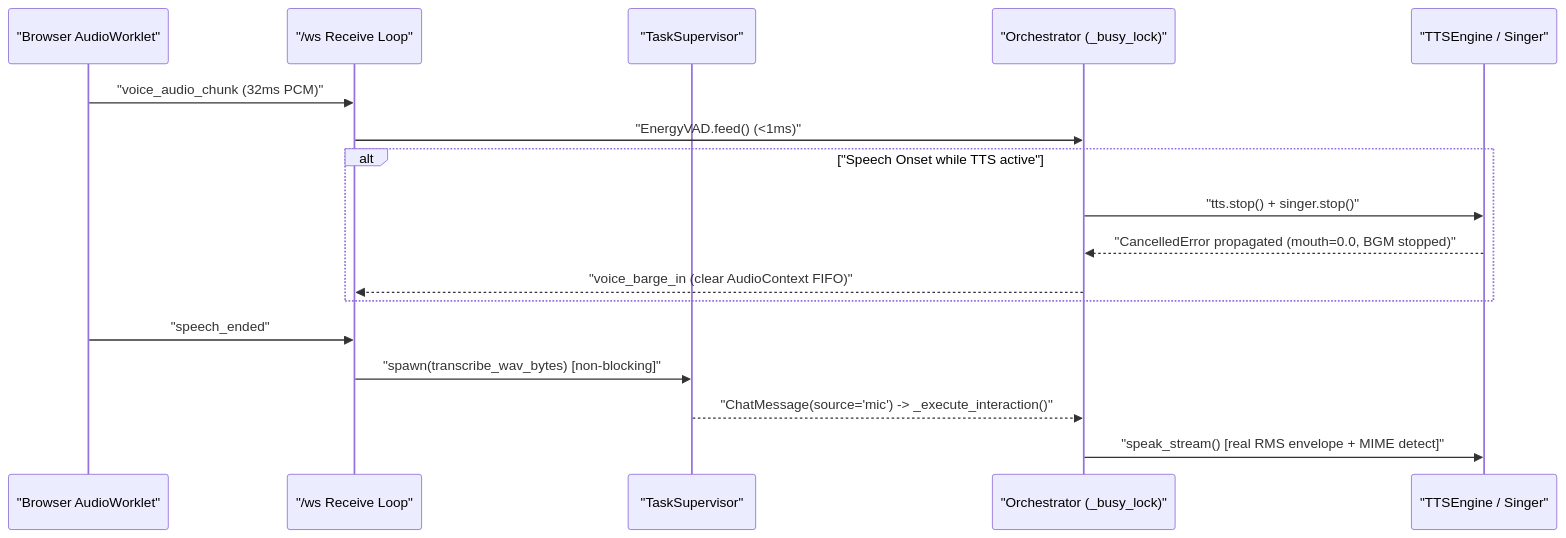
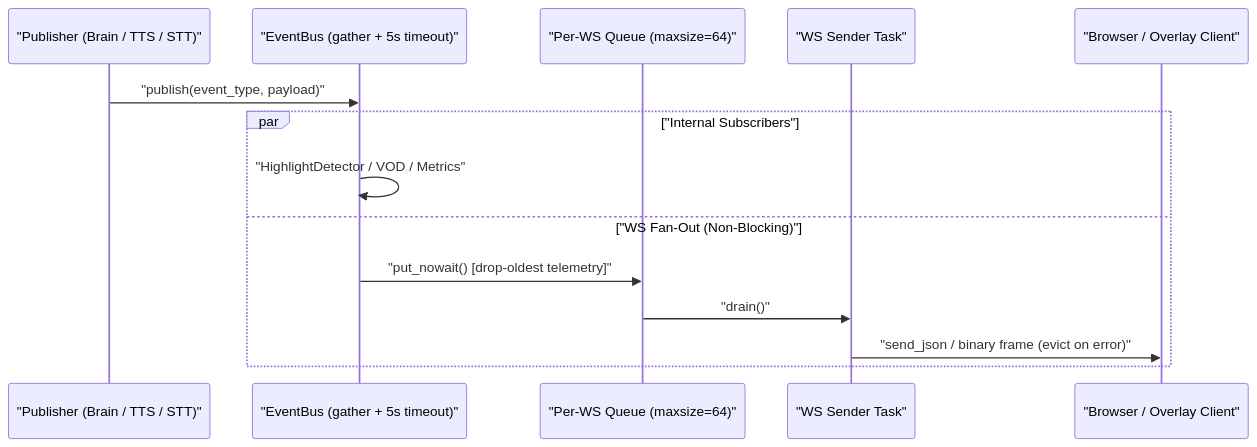
The seventh of 10 diagrams in strategy/FUTURE_STATE_ARCHITECTURE.md (EvanHaaaaa/MaybeAI), drawn with Mermaid before and after one commit. The commit also changed other lines of this file and 37 other files, not shown here.

````diff
--- a/strategy/FUTURE_STATE_ARCHITECTURE.md
+++ b/strategy/FUTURE_STATE_ARCHITECTURE.md
@@ -89,20 +163,17 @@
 ```mermaid
 sequenceDiagram
-    participant Mic as "Browser AudioWorklet"
-    participant WS as "/ws Receive Loop"
-    participant Sup as "TaskSupervisor"
-    participant Orch as "Orchestrator (_busy_lock)"
-    participant TTS as "TTSEngine / Singer"
+    participant P as "Publisher (Brain / TTS / STT)"
+    participant B as "EventBus (gather + 5s timeout)"
+    participant Q as "Per-WS Queue (maxsize=64)"
+    participant W as "WS Sender Task"
+    participant C as "Browser / Overlay Client"
 
-    Mic->>WS: "voice_audio_chunk (32ms PCM)"
-    WS->>Orch: "EnergyVAD.feed() (<1ms)"
-    alt "Speech Onset while TTS active"
-        Orch->>TTS: "tts.stop() + singer.stop()"
-        TTS-->>Orch: "CancelledError propagated (mouth=0.0, BGM stopped)"
-        Orch-->>WS: "voice_barge_in (clear AudioContext FIFO)"
+    P->>B: "publish(event_type, payload)"
+    par "Internal Subscribers"
+        B->>B: "HighlightDetector / VOD / Metrics"
+    and "WS Fan-Out (Non-Blocking)"
+        B->>Q: "put_nowait() [drop-oldest telemetry]"
+        Q->>W: "drain()"
+        W->>C: "send_json / binary frame (evict on error)"
     end
-    Mic->>WS: "speech_ended"
-    WS->>Sup: "spawn(transcribe_wav_bytes) [non-blocking]"
-    Sup-->>Orch: "ChatMessage(source='mic') -> _execute_interaction()"
-    Orch->>TTS: "speak_stream() [real RMS envelope + MIME detect]"
 ```
````
